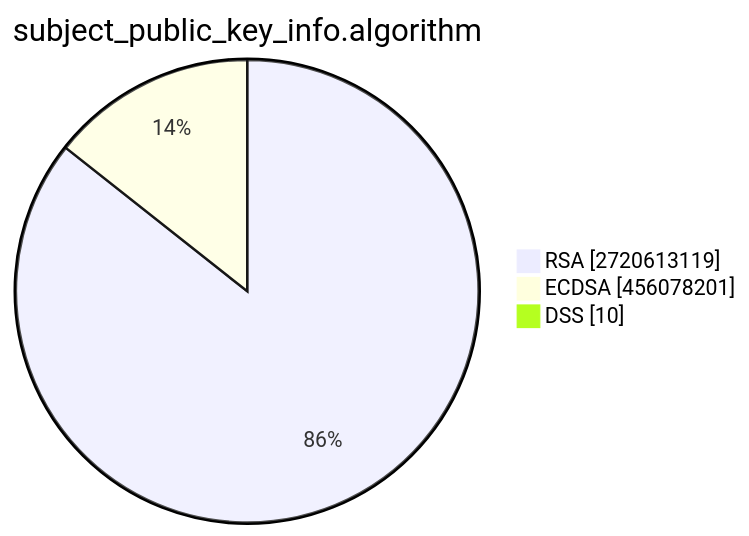
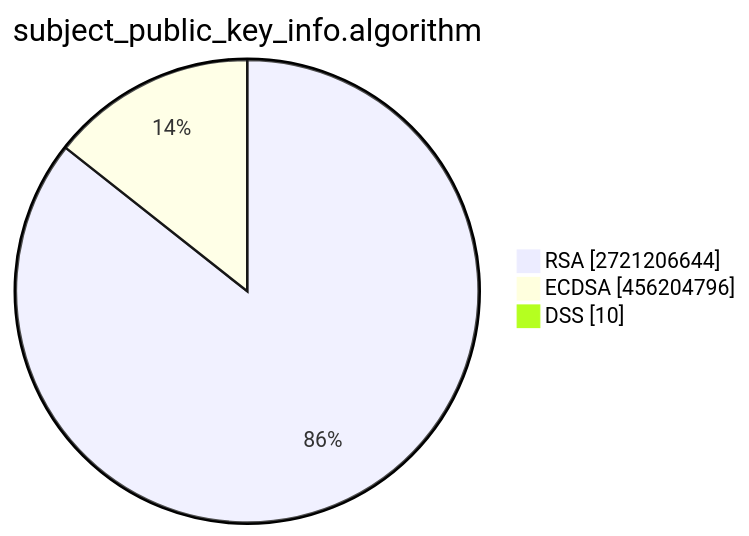
The second of 15 diagrams in TOTAL/README.md (christiankrug/ctmonitor_visualization), drawn with Mermaid before and after one commit. The commit also changed other lines of this file, not shown here.

````diff
--- a/TOTAL/README.md
+++ b/TOTAL/README.md
@@ -6,7 +6,7 @@
 ```mermaid
 pie showData
 title subject_public_key_info.algorithm
-"RSA" :2720613119
-"ECDSA" :456078201
+"RSA" :2721206644
+"ECDSA" :456204796
 "DSS" :10
 ```
````
